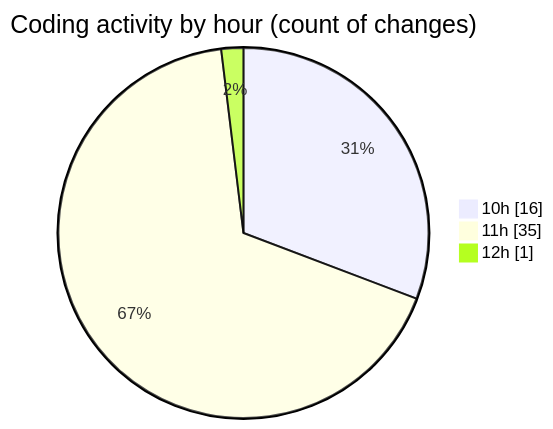
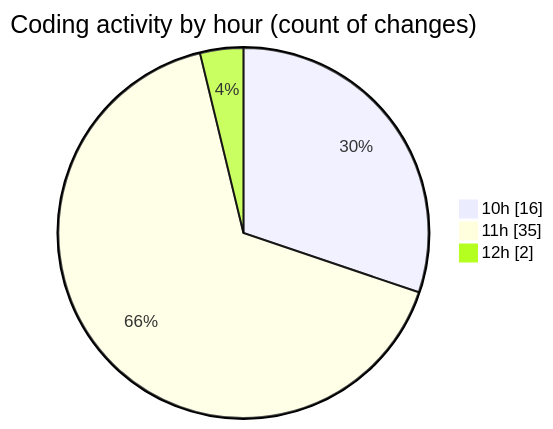
Before and after one commit to charlie-sans/code-tracking: the second of 2 diagrams in 2025-02-20/micros/README.md, drawn with Mermaid. The commit also changed other lines of this file and 1 other file, not shown here.

````diff
--- a/2025-02-20/micros/README.md
+++ b/2025-02-20/micros/README.md
@@ -48,7 +48,7 @@
 ```mermaid
 pie showData
 title Coding activity by hour (count of changes)
 "10h" : 16
 "11h" : 35
-"12h" : 1
+"12h" : 2
 ```
````
